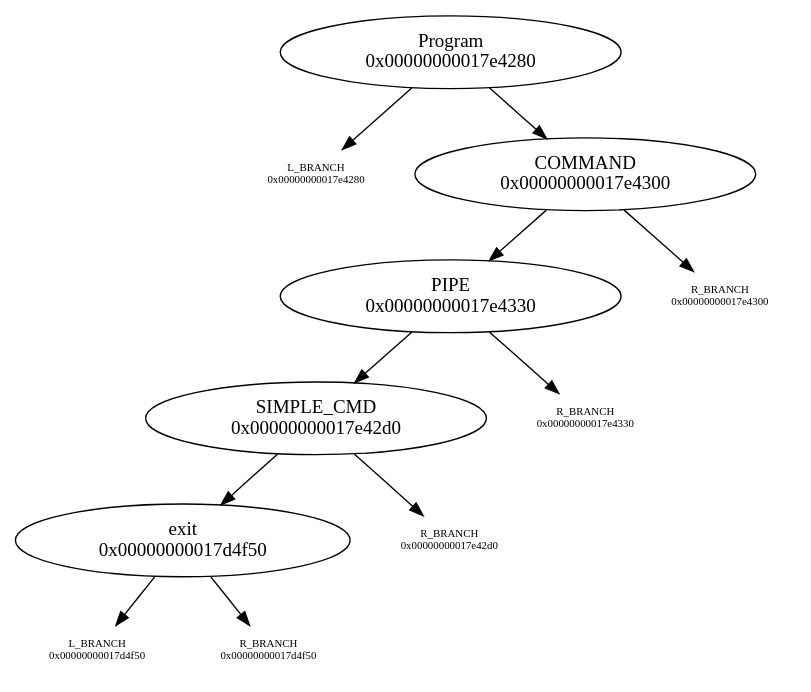
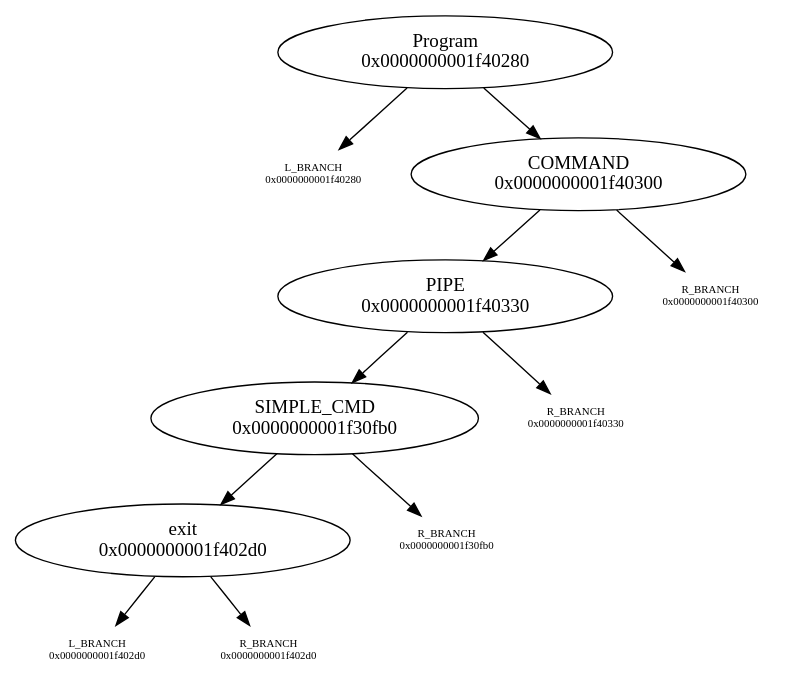
The diagram in graph.dot (N-4-Nina/Minishell), drawn with Graphviz before and after one commit. The commit also changed 6 other files, not shown here.

```diff
--- a/graph.dot
+++ b/graph.dot
@@ -1,19 +1,19 @@
 digraph graphname {
-"Program\n0x00000000017e4280" -> "L_BRANCH\n0x00000000017e4280";
-"L_BRANCH\n0x00000000017e4280" [shape=none fontsize=8]
-"Program\n0x00000000017e4280" -> "COMMAND\n0x00000000017e4300";
-"COMMAND\n0x00000000017e4300" -> "PIPE\n0x00000000017e4330";
-"COMMAND\n0x00000000017e4300" -> "R_BRANCH\n0x00000000017e4300";
-"R_BRANCH\n0x00000000017e4300" [shape=none fontsize=8]
-"PIPE\n0x00000000017e4330" -> "SIMPLE_CMD\n0x00000000017e42d0";
-"PIPE\n0x00000000017e4330" -> "R_BRANCH\n0x00000000017e4330";
-"R_BRANCH\n0x00000000017e4330" [shape=none fontsize=8]
-"SIMPLE_CMD\n0x00000000017e42d0" -> "exit\n0x00000000017d4f50";
-"SIMPLE_CMD\n0x00000000017e42d0" -> "R_BRANCH\n0x00000000017e42d0";
-"R_BRANCH\n0x00000000017e42d0" [shape=none fontsize=8]
-"exit\n0x00000000017d4f50" -> "L_BRANCH\n0x00000000017d4f50";
-"L_BRANCH\n0x00000000017d4f50" [shape=none fontsize=8]
-"exit\n0x00000000017d4f50" -> "R_BRANCH\n0x00000000017d4f50";
-"R_BRANCH\n0x00000000017d4f50" [shape=none fontsize=8]
+"Program\n0x0000000001f40280" -> "L_BRANCH\n0x0000000001f40280";
+"L_BRANCH\n0x0000000001f40280" [shape=none fontsize=8]
+"Program\n0x0000000001f40280" -> "COMMAND\n0x0000000001f40300";
+"COMMAND\n0x0000000001f40300" -> "PIPE\n0x0000000001f40330";
+"COMMAND\n0x0000000001f40300" -> "R_BRANCH\n0x0000000001f40300";
+"R_BRANCH\n0x0000000001f40300" [shape=none fontsize=8]
+"PIPE\n0x0000000001f40330" -> "SIMPLE_CMD\n0x0000000001f30fb0";
+"PIPE\n0x0000000001f40330" -> "R_BRANCH\n0x0000000001f40330";
+"R_BRANCH\n0x0000000001f40330" [shape=none fontsize=8]
+"SIMPLE_CMD\n0x0000000001f30fb0" -> "exit\n0x0000000001f402d0";
+"SIMPLE_CMD\n0x0000000001f30fb0" -> "R_BRANCH\n0x0000000001f30fb0";
+"R_BRANCH\n0x0000000001f30fb0" [shape=none fontsize=8]
+"exit\n0x0000000001f402d0" -> "L_BRANCH\n0x0000000001f402d0";
+"L_BRANCH\n0x0000000001f402d0" [shape=none fontsize=8]
+"exit\n0x0000000001f402d0" -> "R_BRANCH\n0x0000000001f402d0";
+"R_BRANCH\n0x0000000001f402d0" [shape=none fontsize=8]
 
 }
```
